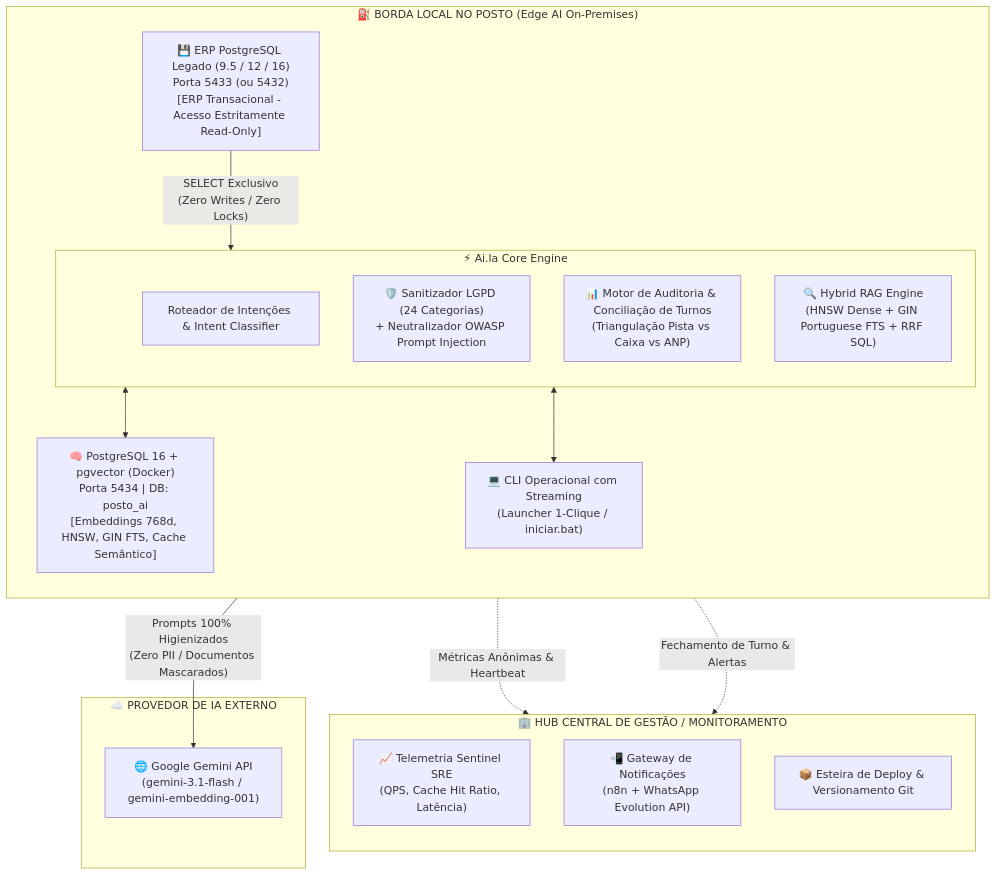
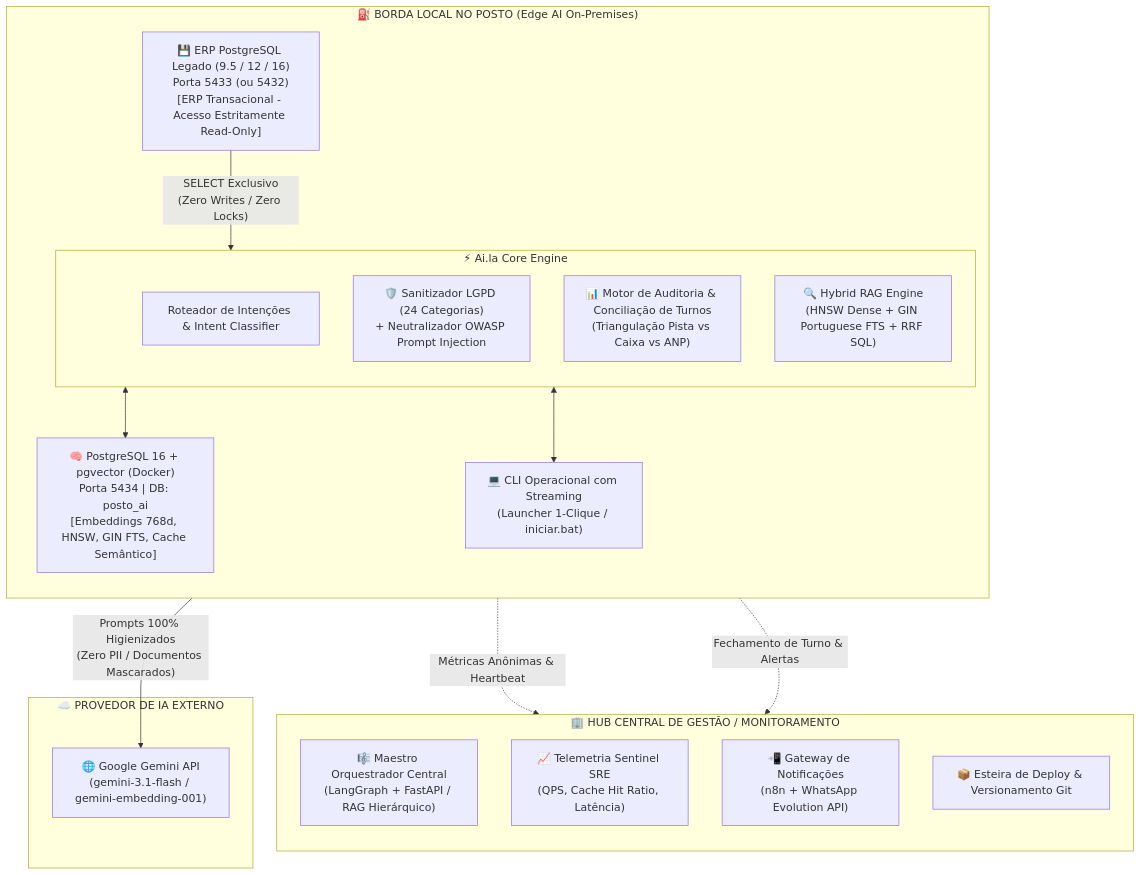
One commit to marlonhms/IA-Local changed the first of 5 diagrams in README.md. Above: the diagram before and after it, drawn with Mermaid. The commit also changed other lines of this file and 4 other files, not shown here.

````diff
--- a/README.md
+++ b/README.md
@@ -50,36 +50,37 @@
 ```mermaid
 flowchart TB
     subgraph EDGE["⛽ BORDA LOCAL NO POSTO (Edge AI On-Premises)"]
         direction TB
         ERP["💾 ERP PostgreSQL Legado (9.5 / 12 / 16)\nPorta 5433 (ou 5432)\n[ERP Transacional - Acesso Estritamente Read-Only]"]
         VEC["🧠 PostgreSQL 16 + pgvector (Docker)\nPorta 5434 | DB: posto_ai\n[Embeddings 768d, HNSW, GIN FTS, Cache Semântico]"]
         
         subgraph ENGINE["⚡ Ai.la Core Engine"]
             ROUTER["Roteador de Intenções & Intent Classifier"]
             SAN["🛡️ Sanitizador LGPD (24 Categorias)\n+ Neutralizador OWASP Prompt Injection"]
             AUDIT["📊 Motor de Auditoria & Conciliação de Turnos\n(Triangulação Pista vs Caixa vs ANP)"]
             RAG["🔍 Hybrid RAG Engine\n(HNSW Dense + GIN Portuguese FTS + RRF SQL)"]
         end
 
         CLI["💻 CLI Operacional com Streaming\n(Launcher 1-Clique / iniciar.bat)"]
 
         ERP -- "SELECT Exclusivo\n(Zero Writes / Zero Locks)" --> ENGINE
         ENGINE <--> VEC
         ENGINE <--> CLI
     end
 
     subgraph HUB["🏢 HUB CENTRAL DE GESTÃO / MONITORAMENTO"]
         direction TB
+        MAESTRO_HUB["🎼 Maestro Orquestrador Central\n(LangGraph + FastAPI / RAG Hierárquico)"]
         SRE["📈 Telemetria Sentinel SRE\n(QPS, Cache Hit Ratio, Latência)"]
         N8N["📲 Gateway de Notificações\n(n8n + WhatsApp Evolution API)"]
         REPO["📦 Esteira de Deploy & Versionamento Git"]
     end
 
     subgraph CLOUD["☁️ PROVEDOR DE IA EXTERNO"]
         GEMINI["🌐 Google Gemini API\n(gemini-3.1-flash / gemini-embedding-001)"]
     end
 
     SAN -- "Prompts 100% Higienizados\n(Zero PII / Documentos Mascarados)" --> GEMINI
     ENGINE -. "Métricas Anônimas & Heartbeat" .-> SRE
     ENGINE -. "Fechamento de Turno & Alertas" .-> N8N
 ```
````
